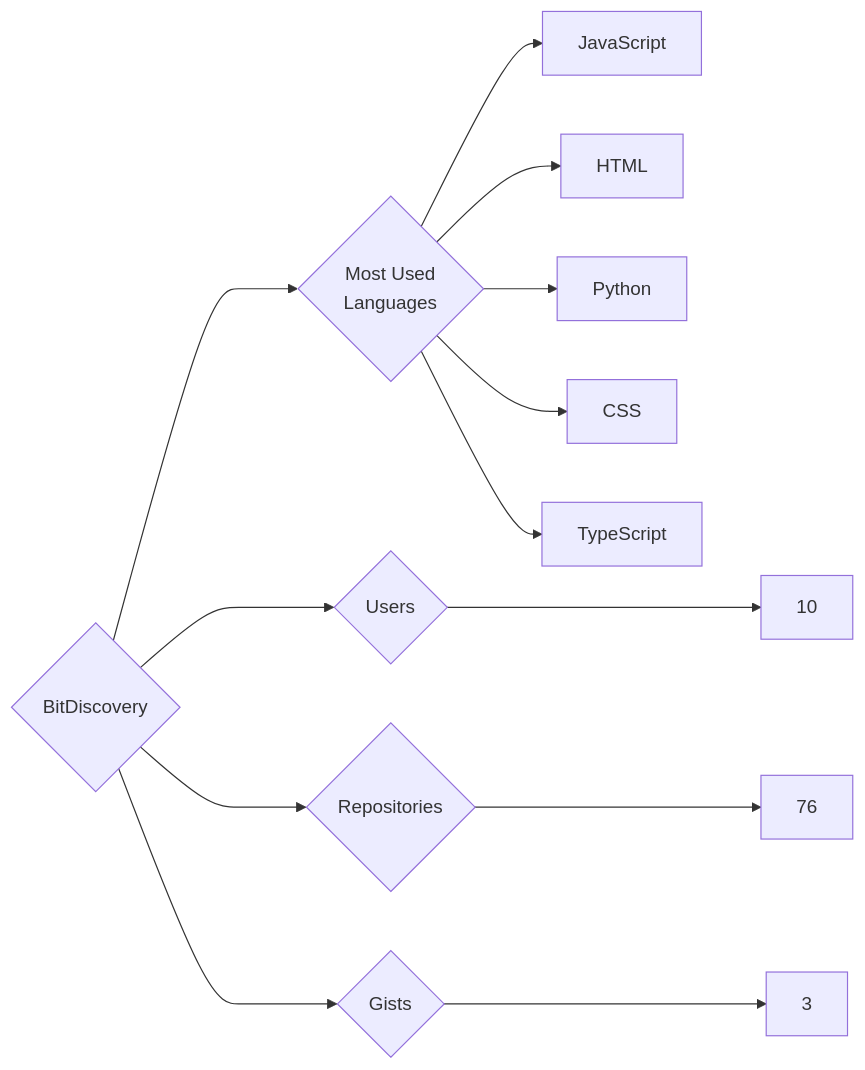
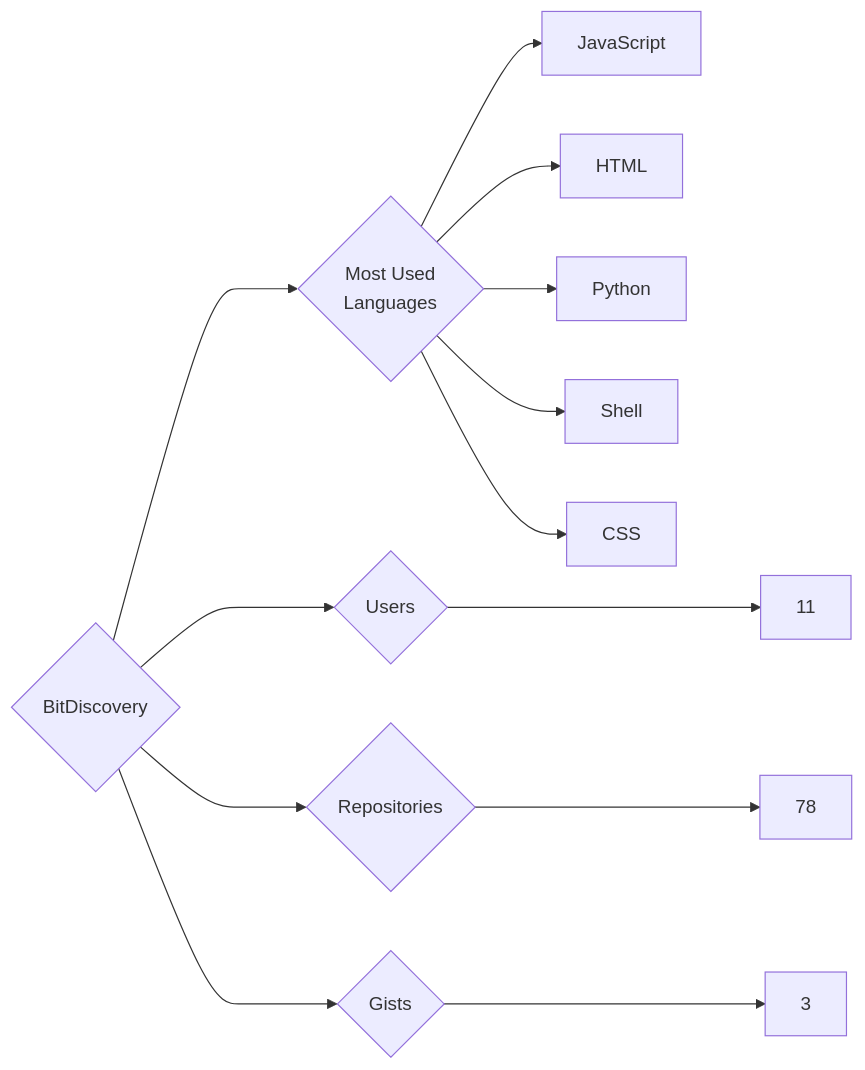
The diagram in targets/BitDiscovery/README.md (trickest/insiders), drawn with Mermaid before and after one commit. The commit also changed 1170 other files, not shown here.

````diff
--- a/targets/BitDiscovery/README.md
+++ b/targets/BitDiscovery/README.md
@@ -3,13 +3,13 @@
 ```mermaid
 graph LR
 COMPANY_NAME{BitDiscovery}
-COMPANY_NAME ---> U{Users} ---> UN[10]
-COMPANY_NAME ---> R{Repositories} ---> RN[76]
+COMPANY_NAME ---> U{Users} ---> UN[11]
+COMPANY_NAME ---> R{Repositories} ---> RN[78]
 COMPANY_NAME ---> G{Gists} ---> GN[3]
 COMPANY_NAME ---> ML{Most Used<br>Languages}
 ML --> JavaScript[JavaScript]
 ML --> HTML[HTML]
 ML --> Python[Python]
+ML --> Shell[Shell]
 ML --> CSS[CSS]
-ML --> TypeScript[TypeScript]
 ```
````
